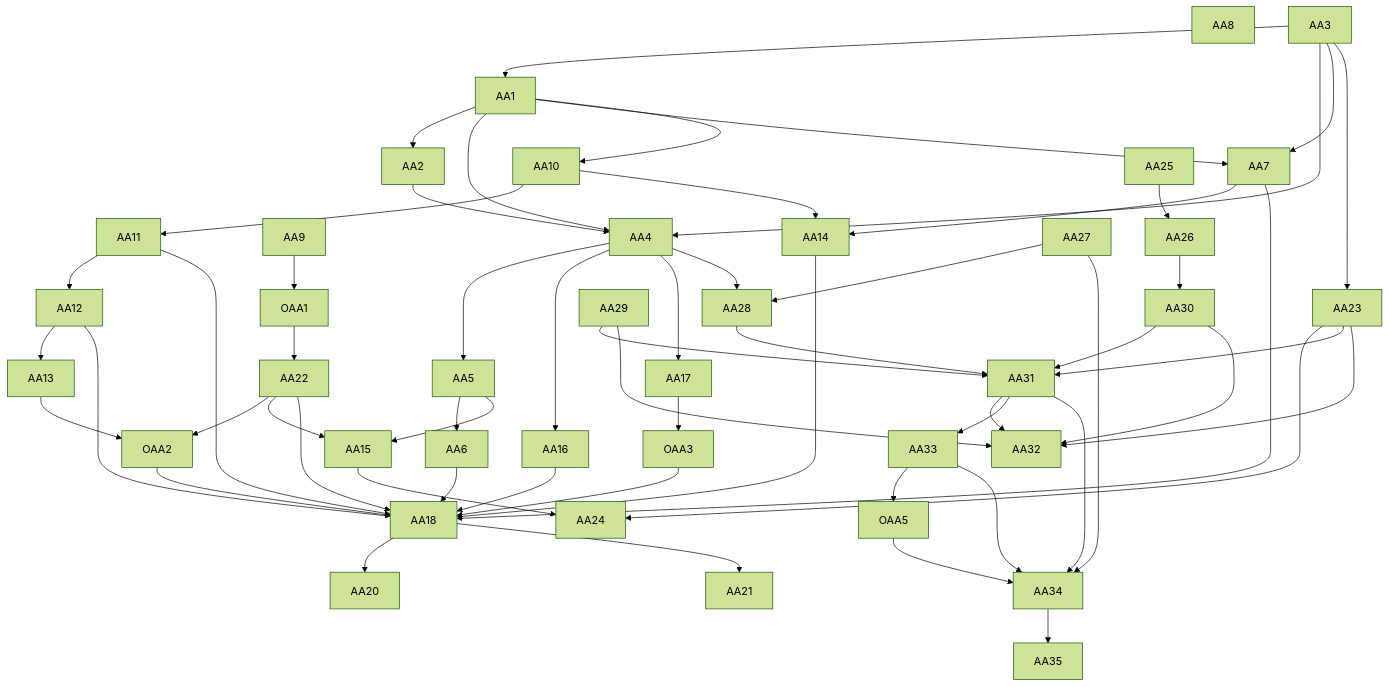
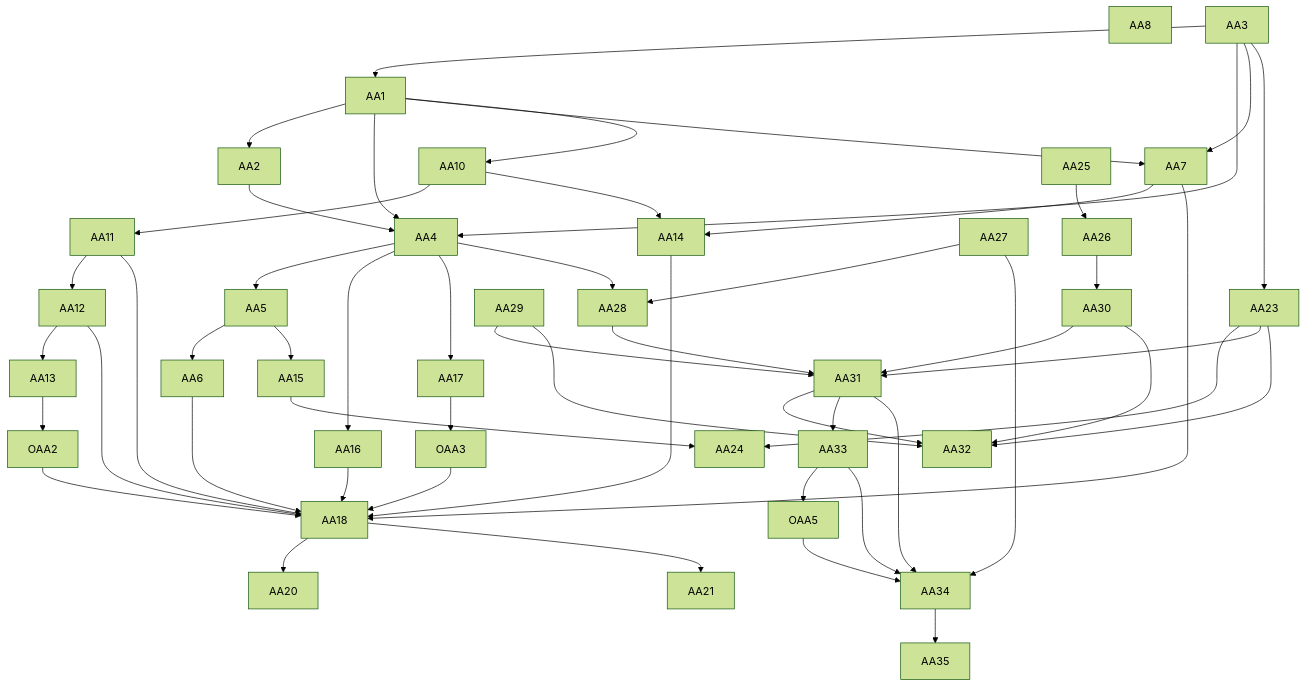
Before and after one commit to diy-accounting-uk/submit.diyaccounting.co.uk: the diagram in PLAN_AMENDED_ACCOUNTS.md, drawn with Mermaid (forest theme). The commit also changed other lines of this file, not shown here.

````diff
--- a/PLAN_AMENDED_ACCOUNTS.md
+++ b/PLAN_AMENDED_ACCOUNTS.md
@@ -810,61 +786,56 @@
 ```mermaid
 graph TD
   AA8
   AA3 --> AA1
   AA1 --> AA2
   AA1 --> AA4
   AA2 --> AA4
   AA3 --> AA4
   AA4 --> AA5
   AA5 --> AA6
   AA1 --> AA7
   AA3 --> AA7
-  AA9 --> OAA1
-  OAA1 --> AA22
   AA1 --> AA10
   AA10 --> AA11
   AA11 --> AA12
   AA12 --> AA13
   AA13 --> OAA2
-  AA22 --> OAA2
   AA7 --> AA14
   AA10 --> AA14
-  AA22 --> AA15
   AA5 --> AA15
   AA3 --> AA23
   AA23 --> AA24
   AA15 --> AA24
   AA4 --> AA16
   AA4 --> AA17
   AA17 --> OAA3
   AA6 --> AA18
   AA7 --> AA18
   AA11 --> AA18
   AA12 --> AA18
   AA14 --> AA18
   AA16 --> AA18
-  AA22 --> AA18
   OAA2 --> AA18
   OAA3 --> AA18
   AA18 --> AA20
   AA18 --> AA21
   AA4 --> AA28
   AA27 --> AA28
   AA25 --> AA26
   AA26 --> AA30
   AA23 --> AA31
   AA28 --> AA31
   AA29 --> AA31
   AA30 --> AA31
   AA23 --> AA32
   AA29 --> AA32
   AA30 --> AA32
   AA31 --> AA32
   AA31 --> AA33
   AA33 --> OAA5
   AA27 --> AA34
   AA31 --> AA34
   AA33 --> AA34
   OAA5 --> AA34
   AA34 --> AA35
 ```
````
